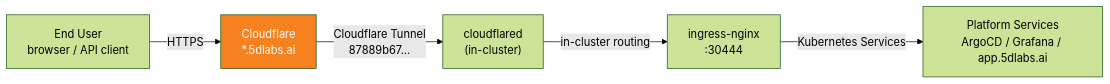
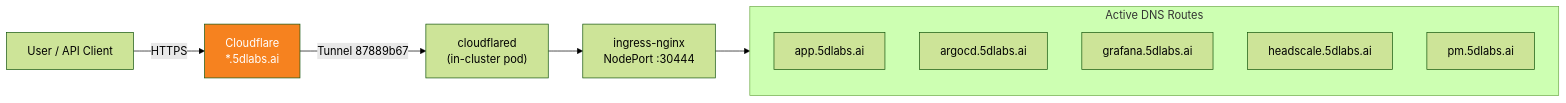
The third of 5 diagrams in cto-platform-architecture.md (5dlabs/documentation), drawn with Mermaid (forest theme) before and after one commit. The commit also changed other lines of this file and 3 other files, not shown here.

````diff
--- a/cto-platform-architecture.md
+++ b/cto-platform-architecture.md
@@ -95,15 +106,22 @@
 ```mermaid
 flowchart LR
-    USER["End User\nbrowser / API client"]
+    USER["User / API Client"]
     CF["Cloudflare\n*.5dlabs.ai"]
-    TUN["cloudflared\n(in-cluster)"]
-    ING["ingress-nginx\n:30444"]
-    SVCS["Platform Services\nArgoCD / Grafana / app.5dlabs.ai"]
+    TUN["cloudflared\n(in-cluster pod)"]
+    ING["ingress-nginx\nNodePort :30444"]
 
-    USER -->|"HTTPS"| CF
-    CF -->|"Cloudflare Tunnel\n87889b67..."| TUN
-    TUN -->|"in-cluster routing"| ING
-    ING -->|"Kubernetes Services"| SVCS
+    subgraph ROUTES["Active DNS Routes"]
+        R1["app.5dlabs.ai"]
+        R2["argocd.5dlabs.ai"]
+        R3["grafana.5dlabs.ai"]
+        R4["headscale.5dlabs.ai"]
+        R5["pm.5dlabs.ai"]
+    end
+
+    USER -->|HTTPS| CF
+    CF -->|"Tunnel 87889b67"| TUN
+    TUN --> ING
+    ING --> ROUTES
 
     style CF fill:#F6821F,color:#fff
 ```
````
